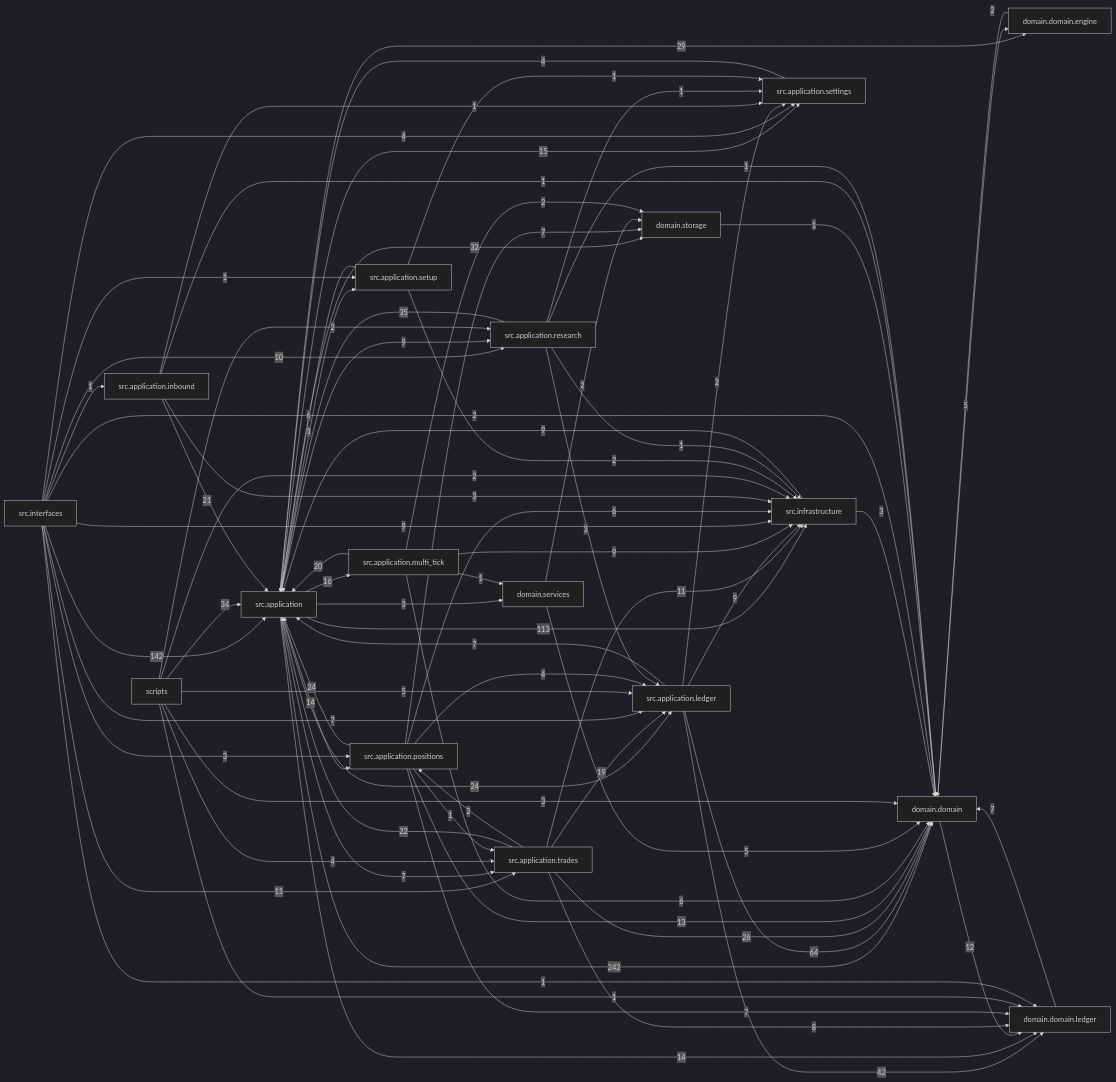
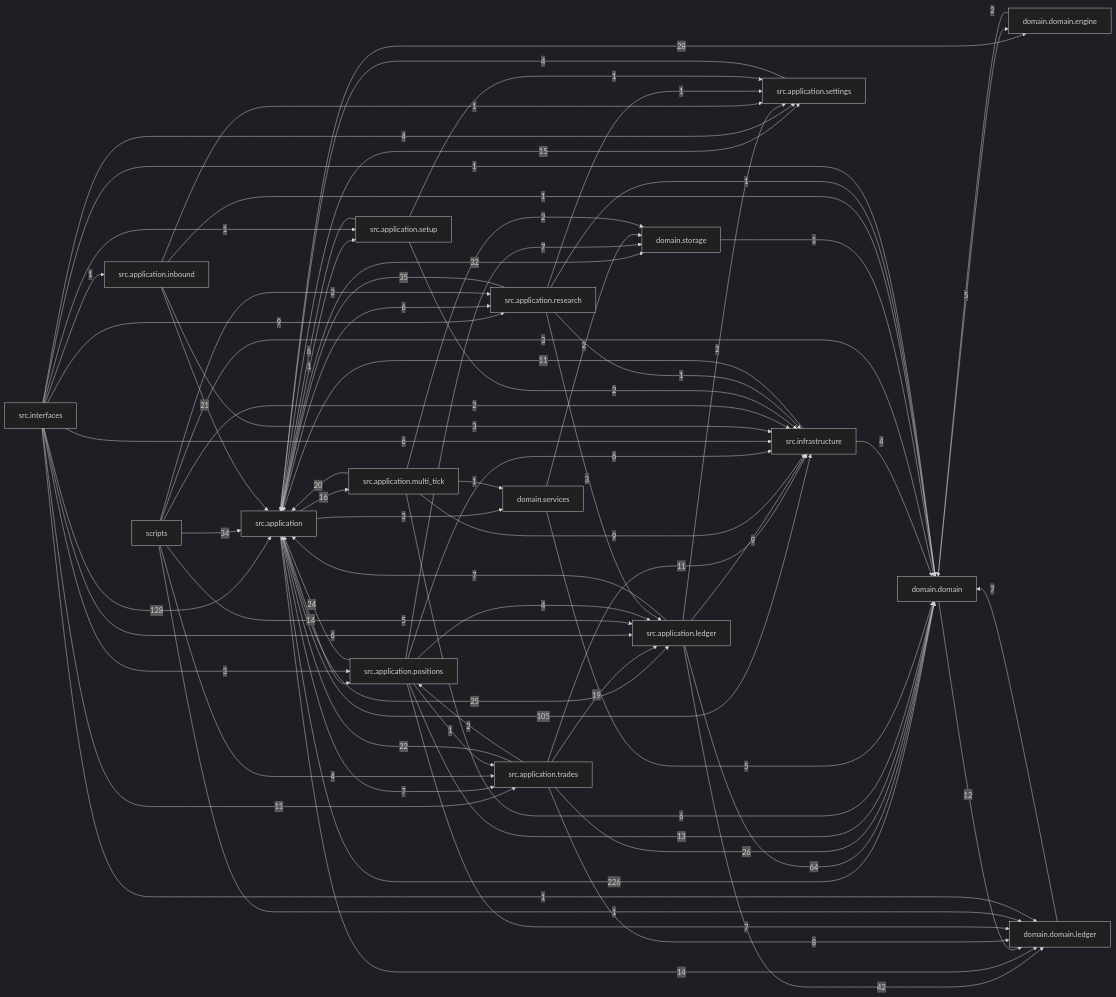
The diagram in docs/dependency_graph.mmd (liuxie066/options-monitor), drawn with Mermaid (dark theme) before and after one commit. The commit also changed 86 other files, not shown here.

```diff
--- a/docs/dependency_graph.mmd
+++ b/docs/dependency_graph.mmd
@@ -1,77 +1,77 @@
 flowchart LR
-  src_application["src.application"] -->|242| domain_domain["domain.domain"]
-  src_interfaces["src.interfaces"] -->|142| src_application["src.application"]
-  src_application["src.application"] -->|113| src_infrastructure["src.infrastructure"]
+  src_application["src.application"] -->|226| domain_domain["domain.domain"]
+  src_interfaces["src.interfaces"] -->|128| src_application["src.application"]
+  src_application["src.application"] -->|105| src_infrastructure["src.infrastructure"]
   src_application_ledger["src.application.ledger"] -->|64| domain_domain["domain.domain"]
   src_application_ledger["src.application.ledger"] -->|42| domain_domain_ledger["domain.domain.ledger"]
   src_application_research["src.application.research"] -->|35| src_application["src.application"]
   scripts["scripts"] -->|34| src_application["src.application"]
   src_application["src.application"] -->|32| domain_storage["domain.storage"]
-  src_application["src.application"] -->|29| domain_domain_engine["domain.domain.engine"]
+  src_application["src.application"] -->|28| domain_domain_engine["domain.domain.engine"]
   src_application_trades["src.application.trades"] -->|26| domain_domain["domain.domain"]
-  src_application["src.application"] -->|24| src_application_ledger["src.application.ledger"]
+  src_application["src.application"] -->|25| src_application_ledger["src.application.ledger"]
   src_application_positions["src.application.positions"] -->|24| src_application["src.application"]
   src_application_trades["src.application.trades"] -->|22| src_application["src.application"]
   src_application_inbound["src.application.inbound"] -->|21| src_application["src.application"]
   src_application_multi_tick["src.application.multi_tick"] -->|20| src_application["src.application"]
   src_application_trades["src.application.trades"] -->|19| src_application_ledger["src.application.ledger"]
   src_application["src.application"] -->|16| src_application_multi_tick["src.application.multi_tick"]
   src_application["src.application"] -->|15| src_application_settings["src.application.settings"]
   src_application["src.application"] -->|14| domain_domain_ledger["domain.domain.ledger"]
   src_application["src.application"] -->|14| src_application_positions["src.application.positions"]
   src_application_positions["src.application.positions"] -->|13| domain_domain["domain.domain"]
   domain_domain["domain.domain"] -->|12| domain_domain_ledger["domain.domain.ledger"]
   src_application_trades["src.application.trades"] -->|11| src_infrastructure["src.infrastructure"]
+  src_infrastructure["src.infrastructure"] -->|11| src_application["src.application"]
   src_interfaces["src.interfaces"] -->|11| src_application_trades["src.application.trades"]
-  src_interfaces["src.interfaces"] -->|10| src_application_research["src.application.research"]
-  src_application["src.application"] -->|9| src_application_research["src.application.research"]
   src_application_ledger["src.application.ledger"] -->|9| src_infrastructure["src.infrastructure"]
   src_application_multi_tick["src.application.multi_tick"] -->|9| src_infrastructure["src.infrastructure"]
-  src_infrastructure["src.infrastructure"] -->|9| src_application["src.application"]
-  src_interfaces["src.interfaces"] -->|9| src_infrastructure["src.infrastructure"]
+  src_interfaces["src.interfaces"] -->|9| src_application_research["src.application.research"]
   src_application_trades["src.application.trades"] -->|8| domain_domain_ledger["domain.domain.ledger"]
   domain_domain_ledger["domain.domain.ledger"] -->|7| domain_domain["domain.domain"]
   src_application["src.application"] -->|7| src_application_trades["src.application.trades"]
   src_application_ledger["src.application.ledger"] -->|7| src_application["src.application"]
   src_application_positions["src.application.positions"] -->|7| domain_domain_ledger["domain.domain.ledger"]
   src_application_positions["src.application.positions"] -->|7| domain_storage["domain.storage"]
-  src_interfaces["src.interfaces"] -->|7| src_application_ledger["src.application.ledger"]
+  src_application["src.application"] -->|6| src_application_research["src.application.research"]
   src_application_multi_tick["src.application.multi_tick"] -->|6| domain_domain["domain.domain"]
   src_application_positions["src.application.positions"] -->|6| src_infrastructure["src.infrastructure"]
   src_application_setup["src.application.setup"] -->|6| src_application["src.application"]
+  src_interfaces["src.interfaces"] -->|6| src_application_ledger["src.application.ledger"]
+  src_interfaces["src.interfaces"] -->|6| src_infrastructure["src.infrastructure"]
   domain_domain["domain.domain"] -->|5| domain_domain_engine["domain.domain.engine"]
   domain_services["domain.services"] -->|5| domain_domain["domain.domain"]
   scripts["scripts"] -->|5| src_application_ledger["src.application.ledger"]
   scripts["scripts"] -->|4| src_application_trades["src.application.trades"]
   src_application_positions["src.application.positions"] -->|4| src_application_ledger["src.application.ledger"]
   src_application_settings["src.application.settings"] -->|4| src_application["src.application"]
+  src_infrastructure["src.infrastructure"] -->|4| domain_domain["domain.domain"]
   src_interfaces["src.interfaces"] -->|4| src_application_settings["src.application.settings"]
   scripts["scripts"] -->|3| domain_domain["domain.domain"]
   src_application["src.application"] -->|3| domain_services["domain.services"]
   src_application_inbound["src.application.inbound"] -->|3| src_infrastructure["src.infrastructure"]
   src_application_research["src.application.research"] -->|3| src_application_ledger["src.application.ledger"]
-  src_infrastructure["src.infrastructure"] -->|3| domain_domain["domain.domain"]
   src_interfaces["src.interfaces"] -->|3| src_application_positions["src.application.positions"]
   domain_domain_engine["domain.domain.engine"] -->|2| domain_domain["domain.domain"]
   domain_services["domain.services"] -->|2| domain_storage["domain.storage"]
   scripts["scripts"] -->|2| src_application_research["src.application.research"]
   scripts["scripts"] -->|2| src_infrastructure["src.infrastructure"]
   src_application_ledger["src.application.ledger"] -->|2| src_application_settings["src.application.settings"]
   src_application_multi_tick["src.application.multi_tick"] -->|2| domain_storage["domain.storage"]
   src_application_setup["src.application.setup"] -->|2| src_infrastructure["src.infrastructure"]
   src_application_trades["src.application.trades"] -->|2| src_application_positions["src.application.positions"]
-  src_interfaces["src.interfaces"] -->|2| domain_domain["domain.domain"]
   domain_storage["domain.storage"] -->|1| domain_domain["domain.domain"]
   scripts["scripts"] -->|1| domain_domain_ledger["domain.domain.ledger"]
   src_application["src.application"] -->|1| src_application_setup["src.application.setup"]
   src_application_inbound["src.application.inbound"] -->|1| domain_domain["domain.domain"]
   src_application_inbound["src.application.inbound"] -->|1| src_application_settings["src.application.settings"]
   src_application_multi_tick["src.application.multi_tick"] -->|1| domain_services["domain.services"]
   src_application_positions["src.application.positions"] -->|1| src_application_trades["src.application.trades"]
   src_application_research["src.application.research"] -->|1| domain_domain["domain.domain"]
   src_application_research["src.application.research"] -->|1| src_application_settings["src.application.settings"]
   src_application_research["src.application.research"] -->|1| src_infrastructure["src.infrastructure"]
   src_application_setup["src.application.setup"] -->|1| src_application_settings["src.application.settings"]
+  src_interfaces["src.interfaces"] -->|1| domain_domain["domain.domain"]
   src_interfaces["src.interfaces"] -->|1| domain_domain_ledger["domain.domain.ledger"]
   src_interfaces["src.interfaces"] -->|1| src_application_inbound["src.application.inbound"]
   src_interfaces["src.interfaces"] -->|1| src_application_setup["src.application.setup"]
```
